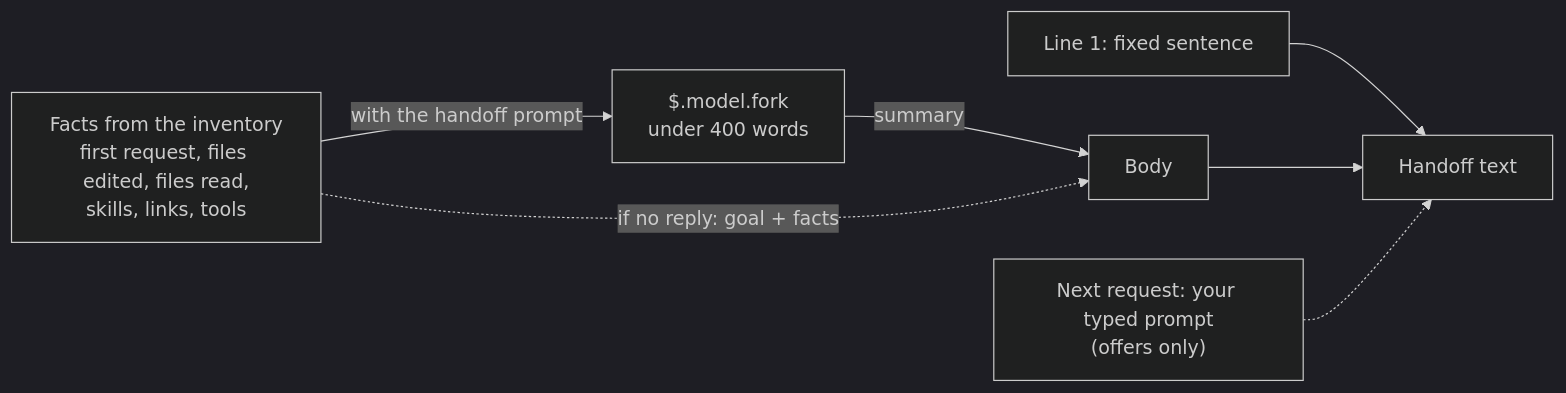
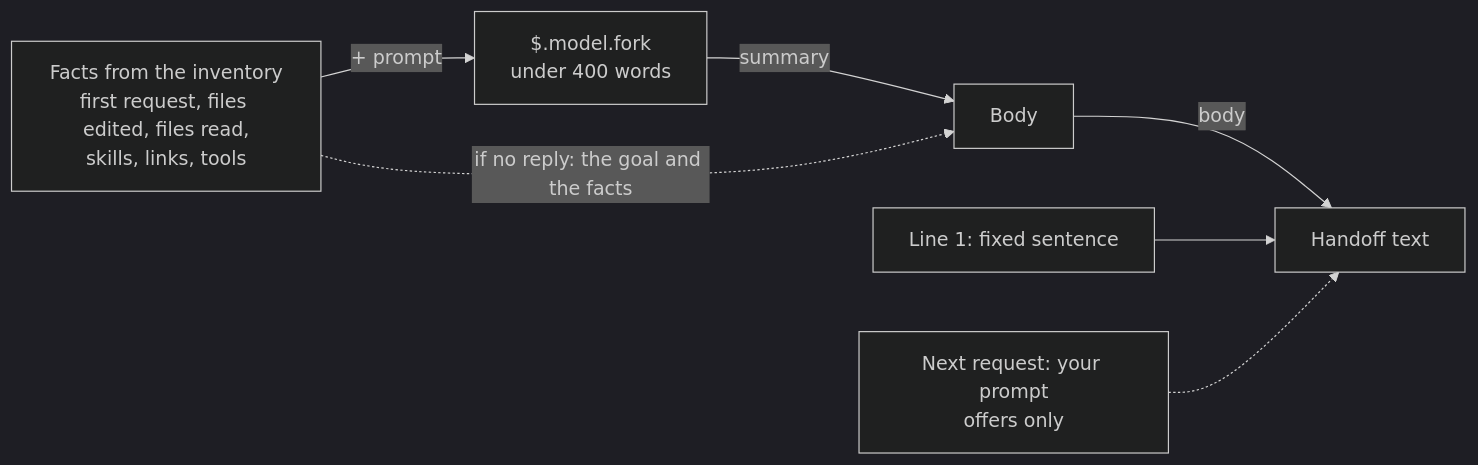
The fourth of 4 diagrams in mods/handoff/README.md (plaktoz/claude-mods), drawn with Mermaid (dark theme) before and after one commit. The commit also changed other lines of this file and 21 other files, not shown here.

````diff
--- a/mods/handoff/README.md
+++ b/mods/handoff/README.md
@@ -169,9 +183,9 @@
 ```mermaid
 flowchart LR
-    I["Facts from the inventory<br/>first request, files edited, files read,<br/>skills, links, tools"] -->|"with the handoff prompt"| F["$.model.fork<br/>under 400 words"]
+    I["Facts from the inventory<br/>first request, files edited, files read,<br/>skills, links, tools"] -->|"+ prompt"| F["$.model.fork<br/>under 400 words"]
     F -->|"summary"| B["Body"]
-    I -.->|"if no reply: goal + facts"| B
-    L1["Line 1: fixed sentence"] --> H["Handoff text"]
-    B --> H
-    N["Next request: your typed prompt<br/>(offers only)"] -.-> H
+    I -.->|"if no reply: the goal and the facts"| B
+    B -->|"body"| H["Handoff text"]
+    L1["Line 1: fixed sentence"] --> H
+    N["Next request: your prompt<br/>offers only"] -.-> H
 ```
````
